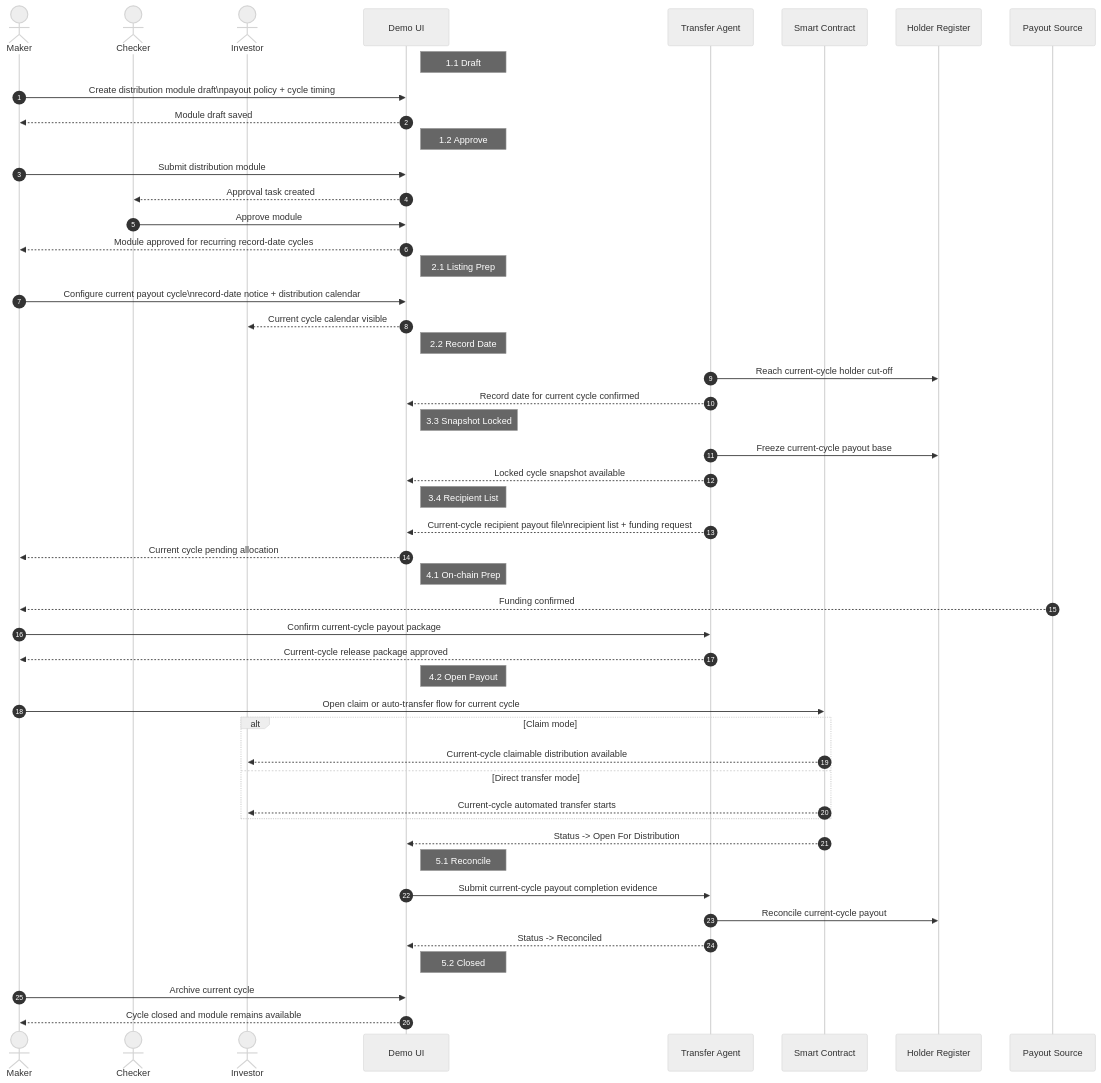
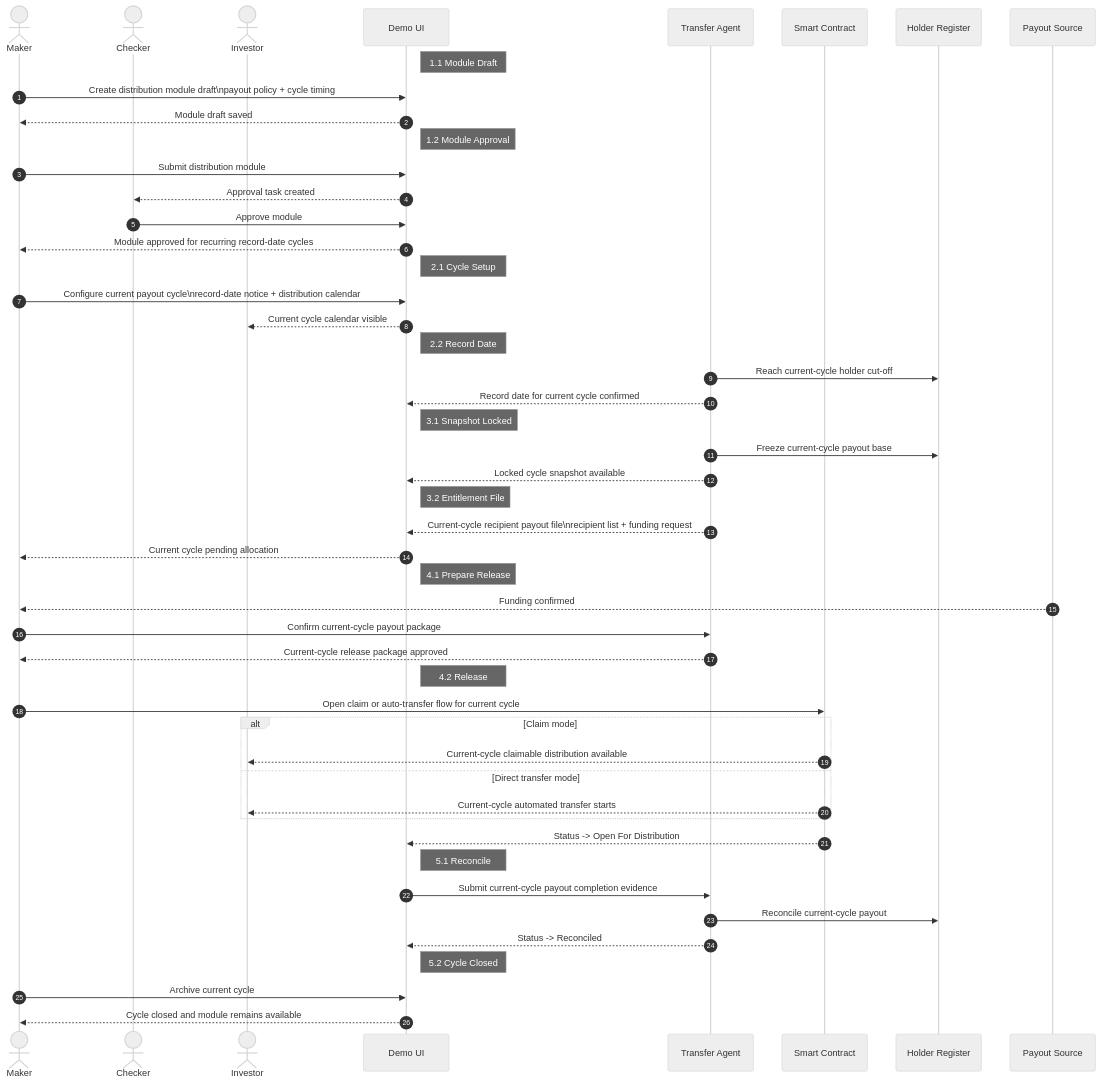
One commit to JohnLiuSCIE/fund-rwa-demo changed the sixth of 6 diagrams in 05_Architecture/Diagrams/ARCH - Fund Lifecycle Sequence Diagrams.md. Above: the diagram before and after it, drawn with Mermaid (neutral theme). The commit also changed other lines of this file and 3 other files, not shown here.

Commit message:
Align fund workflow sequence diagrams

````diff
--- a/05_Architecture/Diagrams/ARCH - Fund Lifecycle Sequence Diagrams.md
+++ b/05_Architecture/Diagrams/ARCH - Fund Lifecycle Sequence Diagrams.md
@@ -350,61 +349,61 @@
 ```mermaid
 sequenceDiagram
     autonumber
     actor Maker as Maker
     actor Checker as Checker
     actor Investor as Investor
     participant UI as Demo UI
     participant TA as Transfer Agent
     participant Chain as Smart Contract
     participant Register as Holder Register
     participant Treasury as Payout Source
 
-    note right of UI: 1.1 Draft
+    note right of UI: 1.1 Module Draft
     Maker->>UI: Create distribution module draft\npayout policy + cycle timing
     UI-->>Maker: Module draft saved
 
-    note right of UI: 1.2 Approve
+    note right of UI: 1.2 Module Approval
     Maker->>UI: Submit distribution module
     UI-->>Checker: Approval task created
     Checker->>UI: Approve module
     UI-->>Maker: Module approved for recurring record-date cycles
 
-    note right of UI: 2.1 Listing Prep
+    note right of UI: 2.1 Cycle Setup
     Maker->>UI: Configure current payout cycle\nrecord-date notice + distribution calendar
     UI-->>Investor: Current cycle calendar visible
 
     note right of UI: 2.2 Record Date
     TA->>Register: Reach current-cycle holder cut-off
     TA-->>UI: Record date for current cycle confirmed
 
-    note right of UI: 3.3 Snapshot Locked
+    note right of UI: 3.1 Snapshot Locked
     TA->>Register: Freeze current-cycle payout base
     TA-->>UI: Locked cycle snapshot available
 
-    note right of UI: 3.4 Recipient List
+    note right of UI: 3.2 Entitlement File
     TA-->>UI: Current-cycle recipient payout file\nrecipient list + funding request
     UI-->>Maker: Current cycle pending allocation
 
-    note right of UI: 4.1 On-chain Prep
+    note right of UI: 4.1 Prepare Release
     Treasury-->>Maker: Funding confirmed
     Maker->>TA: Confirm current-cycle payout package
     TA-->>Maker: Current-cycle release package approved
 
-    note right of UI: 4.2 Open Payout
+    note right of UI: 4.2 Release
     Maker->>Chain: Open claim or auto-transfer flow for current cycle
     alt Claim mode
         Chain-->>Investor: Current-cycle claimable distribution available
     else Direct transfer mode
         Chain-->>Investor: Current-cycle automated transfer starts
     end
     Chain-->>UI: Status -> Open For Distribution
 
     note right of UI: 5.1 Reconcile
     UI->>TA: Submit current-cycle payout completion evidence
     TA->>Register: Reconcile current-cycle payout
     TA-->>UI: Status -> Reconciled
 
-    note right of UI: 5.2 Closed
+    note right of UI: 5.2 Cycle Closed
     Maker->>UI: Archive current cycle
     UI-->>Maker: Cycle closed and module remains available
 ```
````
